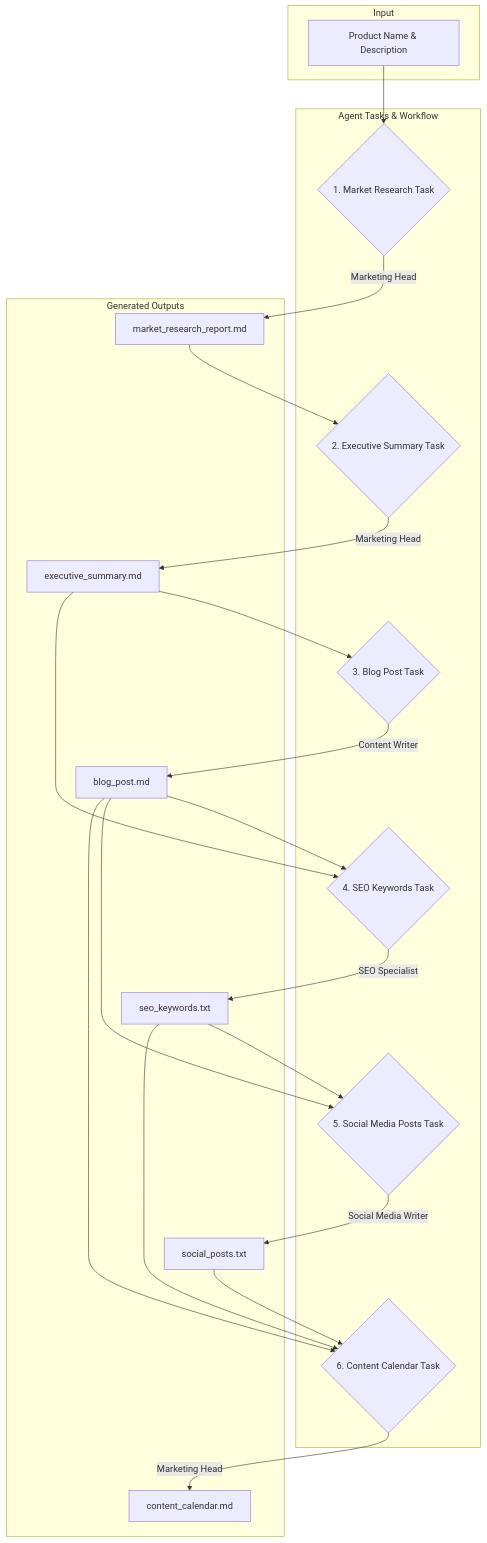
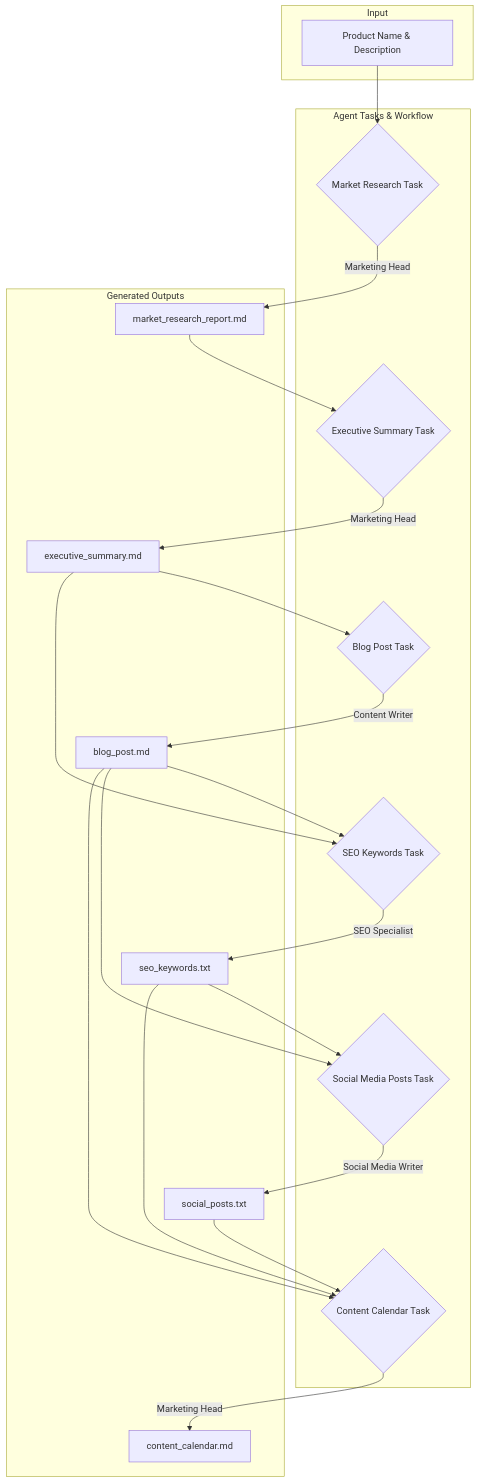
One commit to AmbujSinghNeo/AI_Marketing_Campaign_Orchestrator changed the diagram in README.md. Above: the diagram before and after it, drawn with Mermaid.

Commit message:
Update README with project details and usage instructions

````diff
--- a/README.md
+++ b/README.md
@@ -25,38 +25,38 @@
 ```mermaid
 graph TD
     subgraph "Input"
         A[Product Name & Description]
     end
 
     subgraph "Agent Tasks & Workflow"
-        B{1. Market Research Task}
-        C{2. Executive Summary Task}
-        D{3. Blog Post Task}
-        E{4. SEO Keywords Task}
-        F{5. Social Media Posts Task}
-        G{6. Content Calendar Task}
+        B{ Market Research Task}
+        C{ Executive Summary Task}
+        D{ Blog Post Task}
+        E{ SEO Keywords Task}
+        F{ Social Media Posts Task}
+        G{ Content Calendar Task}
     end
 
     subgraph "Generated Outputs"
         H["market_research_report.md"]
         I["executive_summary.md"]
         J["blog_post.md"]
         K["seo_keywords.txt"]
         L["social_posts.txt"]
         M["content_calendar.md"]
     end
 
     %% Agent Connections
     A --> B;
     B -- Marketing Head --> H;
     H --> C;
     C -- Marketing Head --> I;
     I --> D;
     D -- Content Writer --> J;
     I & J --> E;
     E -- SEO Specialist --> K;
     J & K --> F;
     F -- Social Media Writer --> L;
     J & L & K --> G;
     G -- Marketing Head --> M;
 ```
````
